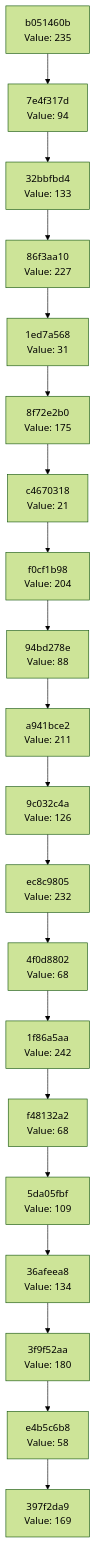
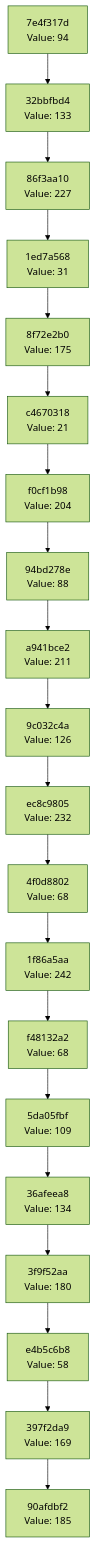
One commit to Abhisheksinha1506/hash-chain-evolver changed the diagram in docs/CHAIN_VISUALIZATION.md. Above: the diagram before and after it, drawn with Mermaid (forest theme). The commit also changed 1 other file, not shown here.

Commit message:
Evolution Step

````diff
--- a/docs/CHAIN_VISUALIZATION.md
+++ b/docs/CHAIN_VISUALIZATION.md
@@ -3,42 +3,42 @@
 ```mermaid
 graph TD
-    C0["397f2da9<br/>Value: 169"]
-    C1["e4b5c6b8<br/>Value: 58"]
+    C0["90afdbf2<br/>Value: 185"]
+    C1["397f2da9<br/>Value: 169"]
     C1 --> C0
-    C2["3f9f52aa<br/>Value: 180"]
+    C2["e4b5c6b8<br/>Value: 58"]
     C2 --> C1
-    C3["36afeea8<br/>Value: 134"]
+    C3["3f9f52aa<br/>Value: 180"]
     C3 --> C2
-    C4["5da05fbf<br/>Value: 109"]
+    C4["36afeea8<br/>Value: 134"]
     C4 --> C3
-    C5["f48132a2<br/>Value: 68"]
+    C5["5da05fbf<br/>Value: 109"]
     C5 --> C4
-    C6["1f86a5aa<br/>Value: 242"]
+    C6["f48132a2<br/>Value: 68"]
     C6 --> C5
-    C7["4f0d8802<br/>Value: 68"]
+    C7["1f86a5aa<br/>Value: 242"]
     C7 --> C6
-    C8["ec8c9805<br/>Value: 232"]
+    C8["4f0d8802<br/>Value: 68"]
     C8 --> C7
-    C9["9c032c4a<br/>Value: 126"]
+    C9["ec8c9805<br/>Value: 232"]
     C9 --> C8
-    C10["a941bce2<br/>Value: 211"]
+    C10["9c032c4a<br/>Value: 126"]
     C10 --> C9
-    C11["94bd278e<br/>Value: 88"]
+    C11["a941bce2<br/>Value: 211"]
     C11 --> C10
-    C12["f0cf1b98<br/>Value: 204"]
+    C12["94bd278e<br/>Value: 88"]
     C12 --> C11
-    C13["c4670318<br/>Value: 21"]
+    C13["f0cf1b98<br/>Value: 204"]
     C13 --> C12
-    C14["8f72e2b0<br/>Value: 175"]
+    C14["c4670318<br/>Value: 21"]
     C14 --> C13
-    C15["1ed7a568<br/>Value: 31"]
+    C15["8f72e2b0<br/>Value: 175"]
     C15 --> C14
-    C16["86f3aa10<br/>Value: 227"]
+    C16["1ed7a568<br/>Value: 31"]
     C16 --> C15
-    C17["32bbfbd4<br/>Value: 133"]
+    C17["86f3aa10<br/>Value: 227"]
     C17 --> C16
-    C18["7e4f317d<br/>Value: 94"]
+    C18["32bbfbd4<br/>Value: 133"]
     C18 --> C17
-    C19["b051460b<br/>Value: 235"]
+    C19["7e4f317d<br/>Value: 94"]
     C19 --> C18
 ```
````
